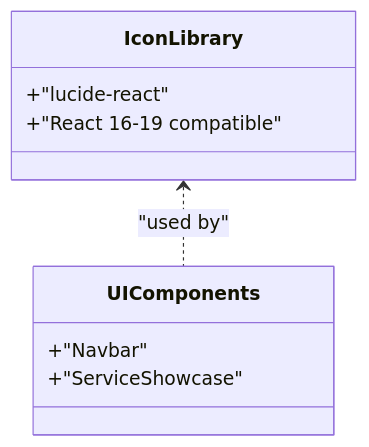
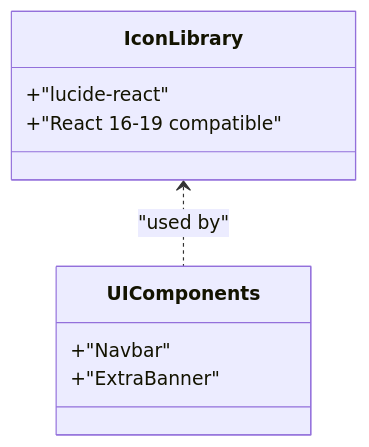
Before and after one commit to algorithmsEvolve/momentoclient-fe: the seventh of 10 diagrams in docs/en/content/Technology Stack & Dependencies.md, drawn with Mermaid. The commit also changed other lines of this file and 14 other files, not shown here.

````diff
--- a/docs/en/content/Technology Stack & Dependencies.md
+++ b/docs/en/content/Technology Stack & Dependencies.md
@@ -254,12 +262,12 @@
 ```mermaid
 classDiagram
 class IconLibrary {
 +"lucide-react"
 +"React 16-19 compatible"
 }
 class UIComponents {
 +"Navbar"
-+"ServiceShowcase"
++"ExtraBanner"
 }
 IconLibrary <.. UIComponents : "used by"
 ```
````
